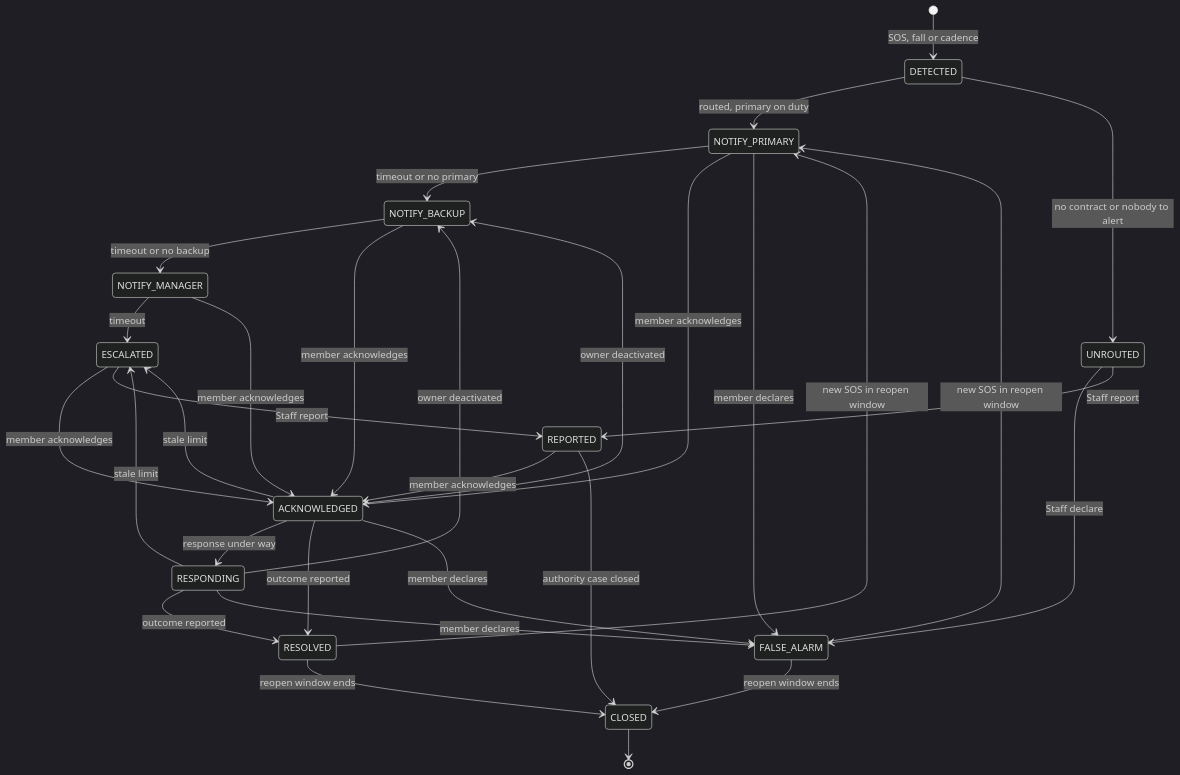
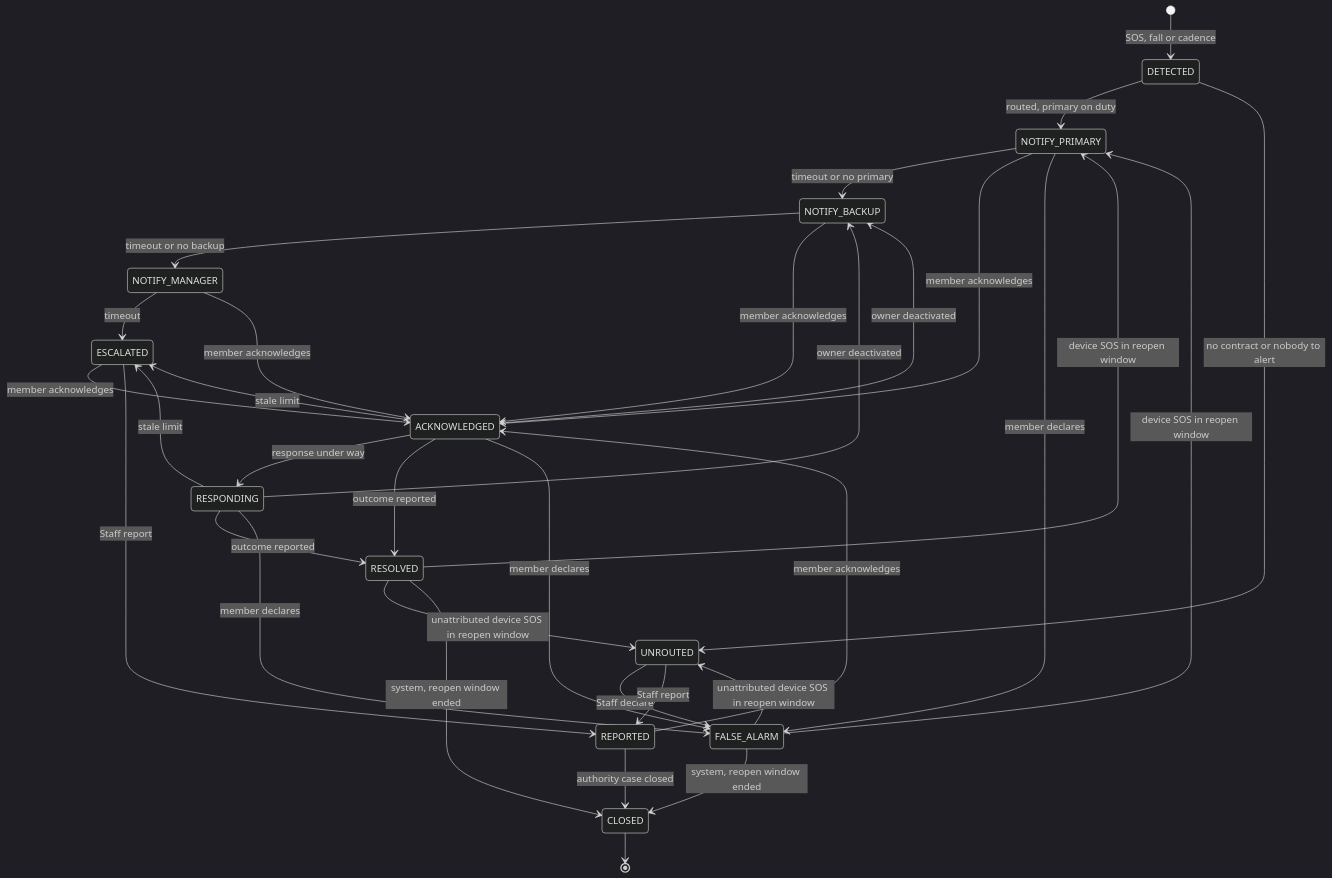
One commit to TrekLink-Team/treklink-web changed the second of 10 diagrams in specs/incidents/design.md. Above: the diagram before and after it, drawn with Mermaid (dark theme). The commit also changed other lines of this file and 1 other file, not shown here.

First line of the commit message:
docs(TK-142): describe the system close and the creation-routed reopen

````diff
--- a/specs/incidents/design.md
+++ b/specs/incidents/design.md
@@ -40,33 +40,35 @@
 ```mermaid
 stateDiagram-v2
     [*] --> DETECTED : SOS, fall or cadence
     DETECTED --> NOTIFY_PRIMARY : routed, primary on duty
     DETECTED --> UNROUTED : no contract or nobody to alert
     NOTIFY_PRIMARY --> NOTIFY_BACKUP : timeout or no primary
     NOTIFY_BACKUP --> NOTIFY_MANAGER : timeout or no backup
     NOTIFY_MANAGER --> ESCALATED : timeout
     NOTIFY_PRIMARY --> ACKNOWLEDGED : member acknowledges
     NOTIFY_BACKUP --> ACKNOWLEDGED : member acknowledges
     NOTIFY_MANAGER --> ACKNOWLEDGED : member acknowledges
     ESCALATED --> ACKNOWLEDGED : member acknowledges
     REPORTED --> ACKNOWLEDGED : member acknowledges
     ACKNOWLEDGED --> RESPONDING : response under way
     ACKNOWLEDGED --> ESCALATED : stale limit
     RESPONDING --> ESCALATED : stale limit
     ACKNOWLEDGED --> NOTIFY_BACKUP : owner deactivated
     RESPONDING --> NOTIFY_BACKUP : owner deactivated
     ACKNOWLEDGED --> RESOLVED : outcome reported
     RESPONDING --> RESOLVED : outcome reported
     NOTIFY_PRIMARY --> FALSE_ALARM : member declares
     ACKNOWLEDGED --> FALSE_ALARM : member declares
     RESPONDING --> FALSE_ALARM : member declares
     UNROUTED --> FALSE_ALARM : Staff declare
     UNROUTED --> REPORTED : Staff report
     ESCALATED --> REPORTED : Staff report
     REPORTED --> CLOSED : authority case closed
-    RESOLVED --> NOTIFY_PRIMARY : new SOS in reopen window
-    FALSE_ALARM --> NOTIFY_PRIMARY : new SOS in reopen window
-    RESOLVED --> CLOSED : reopen window ends
-    FALSE_ALARM --> CLOSED : reopen window ends
+    RESOLVED --> NOTIFY_PRIMARY : device SOS in reopen window
+    FALSE_ALARM --> NOTIFY_PRIMARY : device SOS in reopen window
+    RESOLVED --> UNROUTED : unattributed device SOS in reopen window
+    FALSE_ALARM --> UNROUTED : unattributed device SOS in reopen window
+    RESOLVED --> CLOSED : system, reopen window ended
+    FALSE_ALARM --> CLOSED : system, reopen window ended
     CLOSED --> [*]
 ```
````
